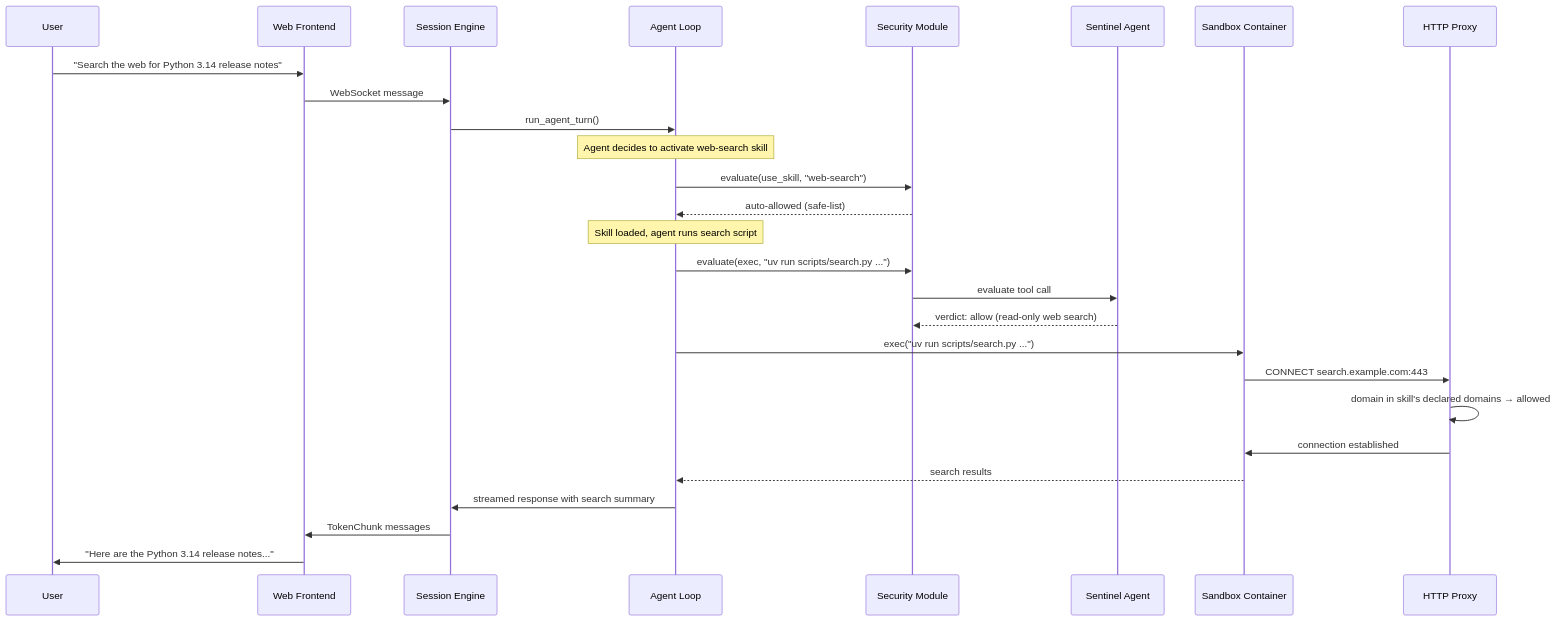
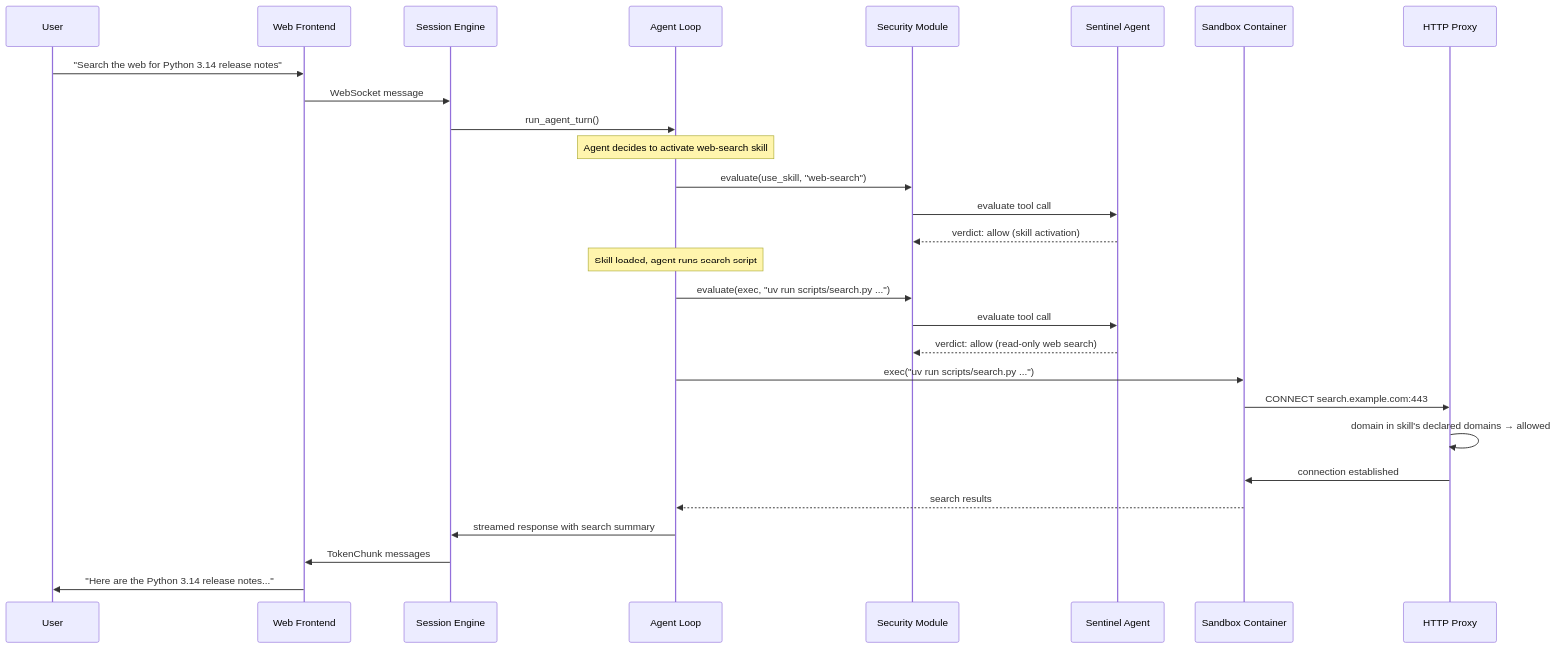
Before and after one commit to thiesgerken/carapace: the second of 2 diagrams in docs/architecture.md, drawn with Mermaid. The commit also changed 9 other files, not shown here.

First line of the commit message:
📝 docs: update security and skill activation documentation

````diff
--- a/docs/architecture.md
+++ b/docs/architecture.md
@@ -157,36 +157,37 @@
 ```mermaid
 sequenceDiagram
     participant User
     participant Frontend as Web Frontend
     participant Engine as Session Engine
     participant Agent as Agent Loop
     participant Security as Security Module
     participant Sentinel as Sentinel Agent
     participant Sandbox as Sandbox Container
     participant Proxy as HTTP Proxy
 
     User->>Frontend: "Search the web for Python 3.14 release notes"
     Frontend->>Engine: WebSocket message
     Engine->>Agent: run_agent_turn()
 
     Note over Agent: Agent decides to activate web-search skill
 
     Agent->>Security: evaluate(use_skill, "web-search")
-    Security-->>Agent: auto-allowed (safe-list)
+    Security->>Sentinel: evaluate tool call
+    Sentinel-->>Security: verdict: allow (skill activation)
 
     Note over Agent: Skill loaded, agent runs search script
 
     Agent->>Security: evaluate(exec, "uv run scripts/search.py ...")
     Security->>Sentinel: evaluate tool call
     Sentinel-->>Security: verdict: allow (read-only web search)
 
     Agent->>Sandbox: exec("uv run scripts/search.py ...")
     Sandbox->>Proxy: CONNECT search.example.com:443
     Proxy->>Proxy: domain in skill's declared domains → allowed
     Proxy->>Sandbox: connection established
     Sandbox-->>Agent: search results
 
     Agent->>Engine: streamed response with search summary
     Engine->>Frontend: TokenChunk messages
     Frontend->>User: "Here are the Python 3.14 release notes..."
 ```
````
